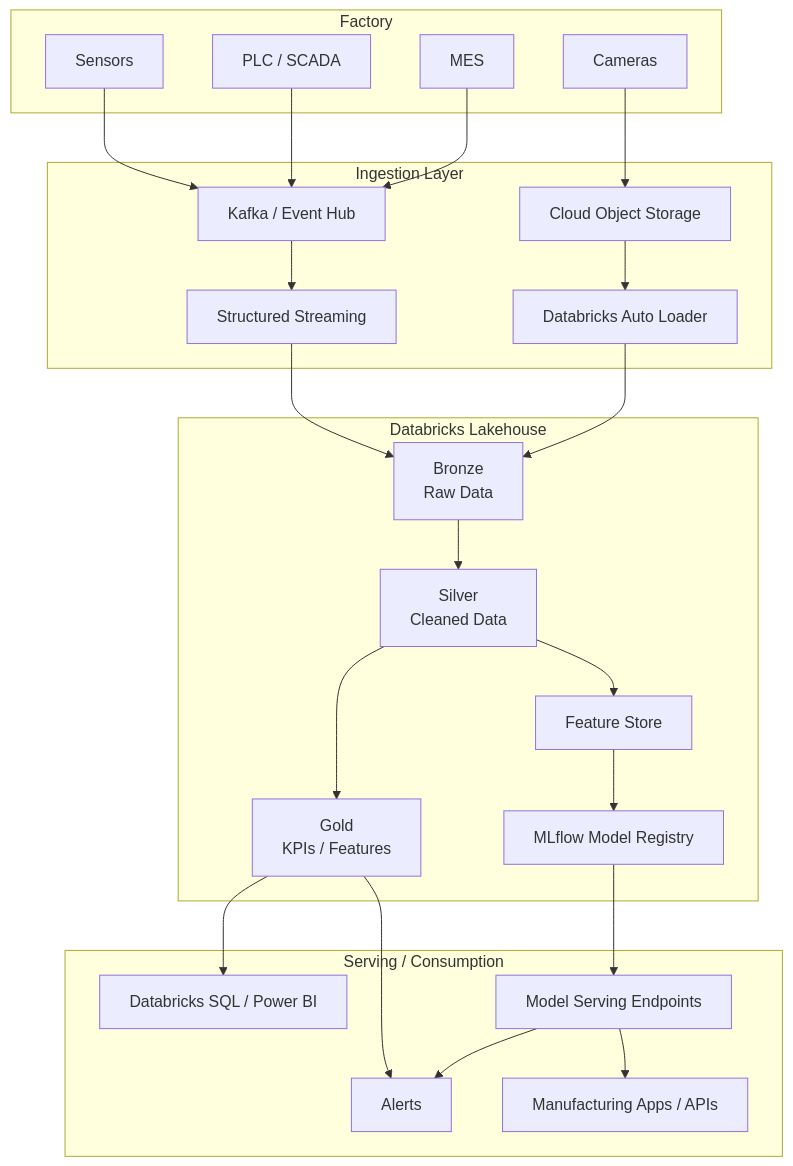
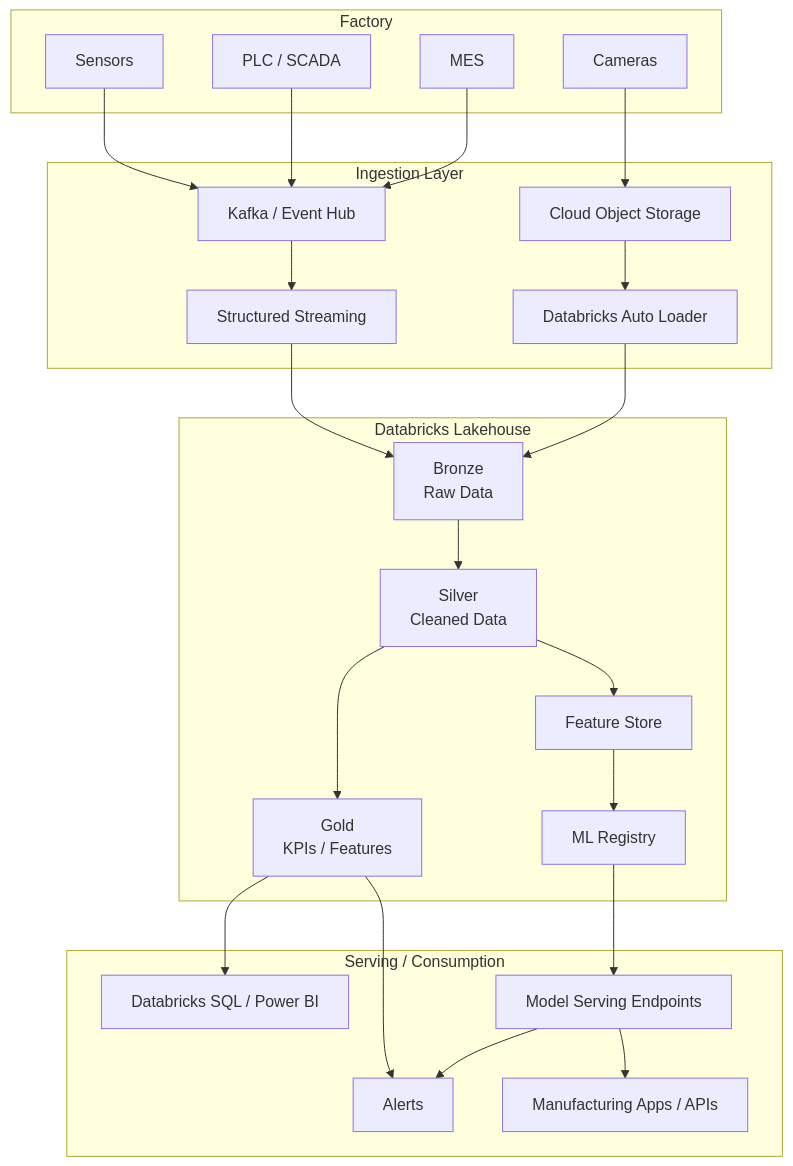
The diagram in README.md (SOLVERIGHT/smart-manufacturing), drawn with Mermaid before and after one commit.

````diff
--- a/README.md
+++ b/README.md
@@ -3,59 +3,59 @@
 ```mermaid
 flowchart TB
 
     %% External factory systems
     subgraph Factory["Factory"]
         Sensors["Sensors"]
         PLC["PLC / SCADA"]
         MES["MES"]
         Cameras["Cameras"]
     end
 
     %% Ingestion layer
     subgraph Ingestion["Ingestion Layer"]
         Kafka["Kafka / Event Hub"]
         ObjectStorage["Cloud Object Storage"]
         AutoLoader["Databricks Auto Loader"]
         Streaming["Structured Streaming"]
     end
 
     %% Lakehouse layer
     subgraph Lakehouse["Databricks Lakehouse"]
         Bronze["Bronze<br/>Raw Data"]
         Silver["Silver<br/>Cleaned Data"]
         Gold["Gold<br/>KPIs / Features"]
         FeatureStore["Feature Store"]
-        MLflow["MLflow Model Registry"]
+        MLflow["ML Registry"]
     end
 
     %% Serving layer
     subgraph Serving["Serving / Consumption"]
         Dashboards["Databricks SQL / Power BI"]
         Alerts["Alerts"]
         ModelServing["Model Serving Endpoints"]
         Apps["Manufacturing Apps / APIs"]
     end
 
     Sensors --> Kafka
     PLC --> Kafka
     MES --> Kafka
     Cameras --> ObjectStorage
 
     Kafka --> Streaming
     ObjectStorage --> AutoLoader
 
     Streaming --> Bronze
     AutoLoader --> Bronze
 
     Bronze --> Silver
     Silver --> Gold
     Silver --> FeatureStore
 
     FeatureStore --> MLflow
     MLflow --> ModelServing
 
     Gold --> Dashboards
     Gold --> Alerts
     ModelServing --> Apps
     ModelServing --> Alerts
 ```
````
